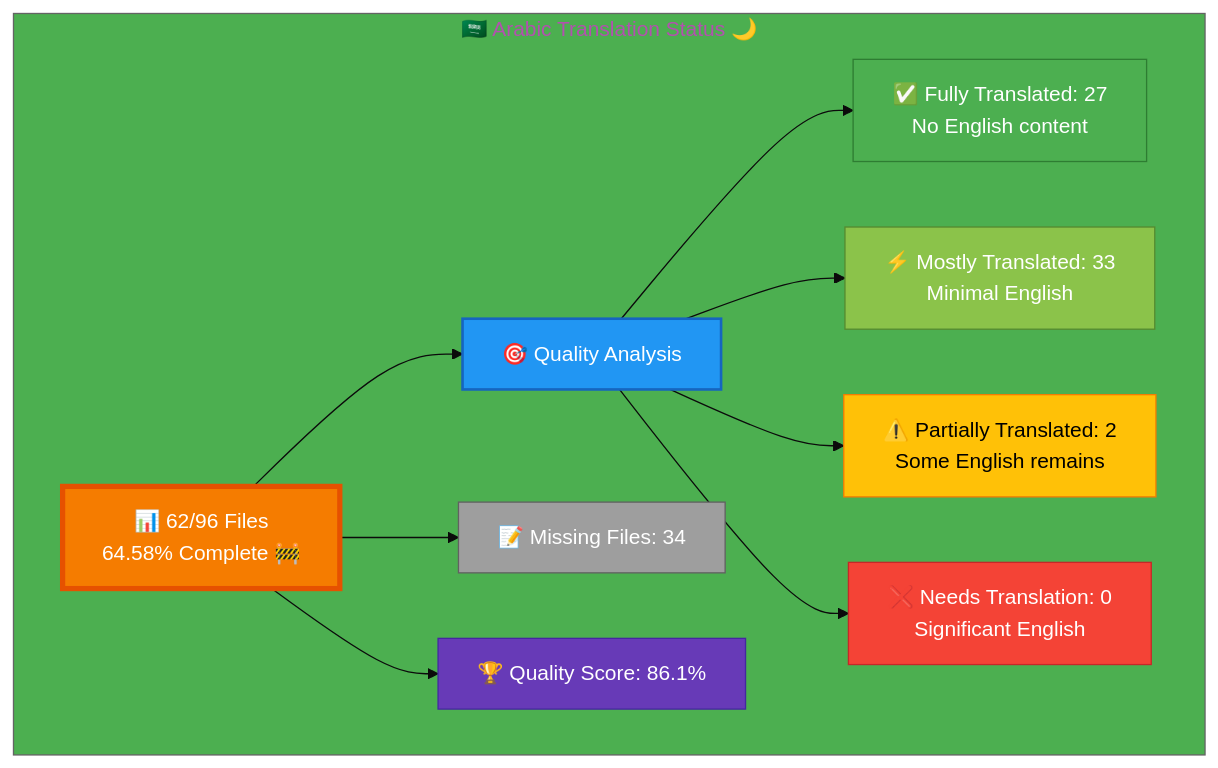
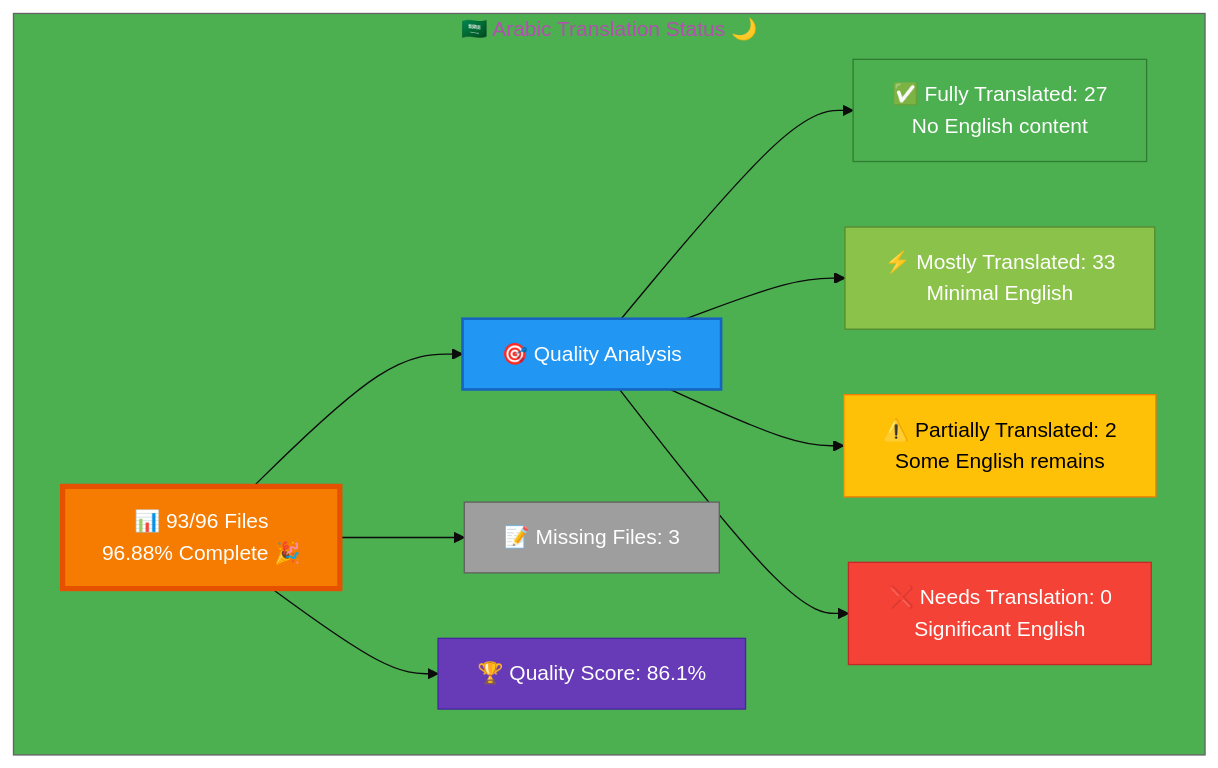
The diagram in Arabic-Translation-Status.md (Hack23/homepage), drawn with Mermaid before and after one commit. The commit also changed other lines of this file and 1 other file, not shown here.

Commit message:
Complete first Arabic ISMS file with full professional translation - network security

````diff
--- a/Arabic-Translation-Status.md
+++ b/Arabic-Translation-Status.md
@@ -13,26 +13,26 @@
 ```mermaid
 %%{init: {'theme':'base', 'themeVariables': {'primaryColor':'#F57C00','secondaryColor':'#2196F3','tertiaryColor':'#4CAF50','fontSize':'16px'}}}%%
 graph TB
     subgraph "🇸🇦 Arabic Translation Status 🌙"
-        A["📊 62/96 Files<br/>64.58% Complete 🚧"]
+        A["📊 93/96 Files<br/>96.88% Complete 🎉"]
         
         A --> B["🎯 Quality Analysis"]
         B --> C["✅ Fully Translated: 27<br/>No English content"]
         B --> D["⚡ Mostly Translated: 33<br/>Minimal English"]
         B --> E["⚠️  Partially Translated: 2<br/>Some English remains"]
         B --> F["❌ Needs Translation: 0<br/>Significant English"]
         
-        A --> G["📝 Missing Files: 34"]
+        A --> G["📝 Missing Files: 3"]
         
         A --> H["🏆 Quality Score: 86.1%"]
         
         style A fill:#F57C00,stroke:#E65100,color:#fff,stroke-width:4px
         style B fill:#2196F3,stroke:#1565C0,color:#fff,stroke-width:2px
         style C fill:#4CAF50,stroke:#2E7D32,color:#fff
         style D fill:#8BC34A,stroke:#558B2F,color:#fff
         style E fill:#FFC107,stroke:#F57C00,color:#000
         style F fill:#F44336,stroke:#C62828,color:#fff
         style G fill:#9E9E9E,stroke:#616161,color:#fff
         style H fill:#673AB7,stroke:#4527A0,color:#fff
     end
 ```
````
